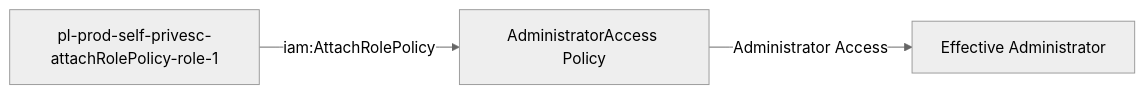
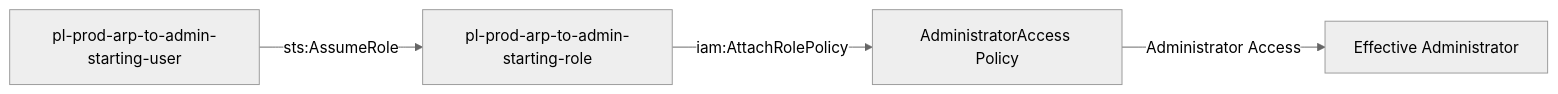
Before and after one commit to DataDog/pathfinding-labs: the diagram in modules/scenarios/single-account/privesc-self-escalation/to-admin/iam-attachrolepolicy/README.md, drawn with Mermaid (neutral theme). The commit also changed other lines of this file and 166 other files, not shown here.

````diff
--- a/modules/scenarios/single-account/privesc-self-escalation/to-admin/iam-attachrolepolicy/README.md
+++ b/modules/scenarios/single-account/privesc-self-escalation/to-admin/iam-attachrolepolicy/README.md
@@ -20,5 +20,6 @@
 ```mermaid
 graph LR
-    A[pl-prod-self-privesc-attachRolePolicy-role-1] -->|iam:AttachRolePolicy| B[AdministratorAccess Policy]
-    B -->|Administrator Access| C[Effective Administrator]
+    A[pl-prod-arp-to-admin-starting-user] -->|sts:AssumeRole| B[pl-prod-arp-to-admin-starting-role]
+    B -->|iam:AttachRolePolicy| C[AdministratorAccess Policy]
+    C -->|Administrator Access| D[Effective Administrator]
 ```
````
